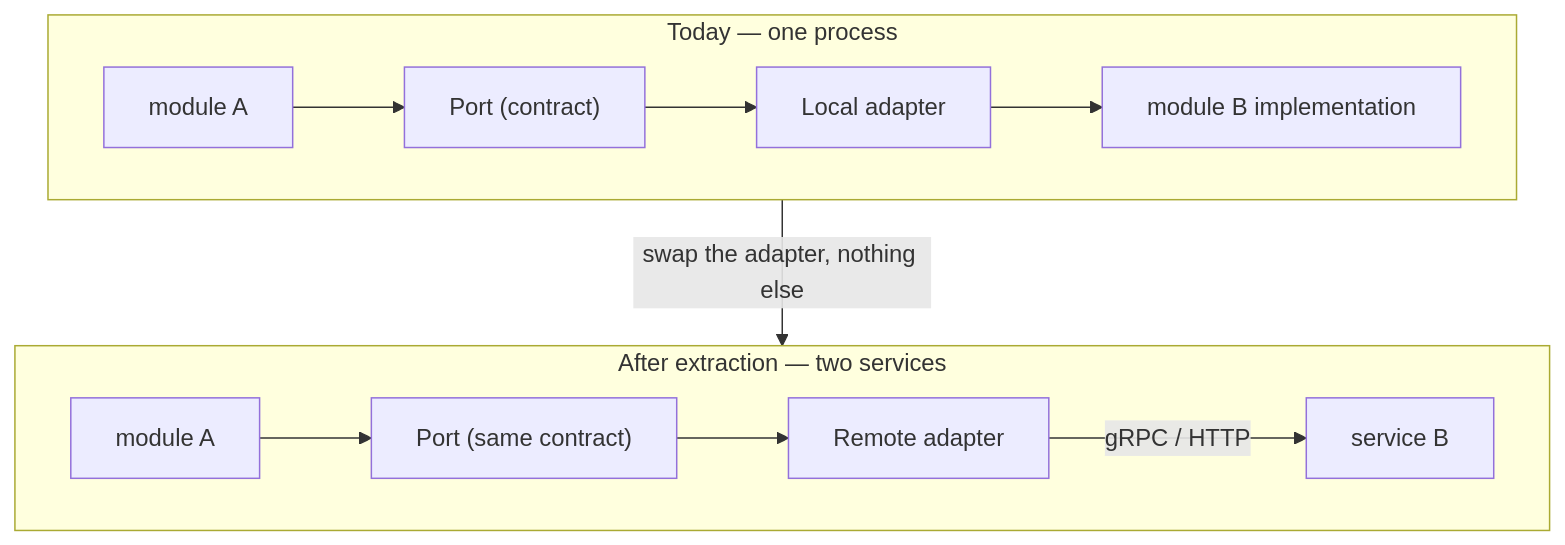
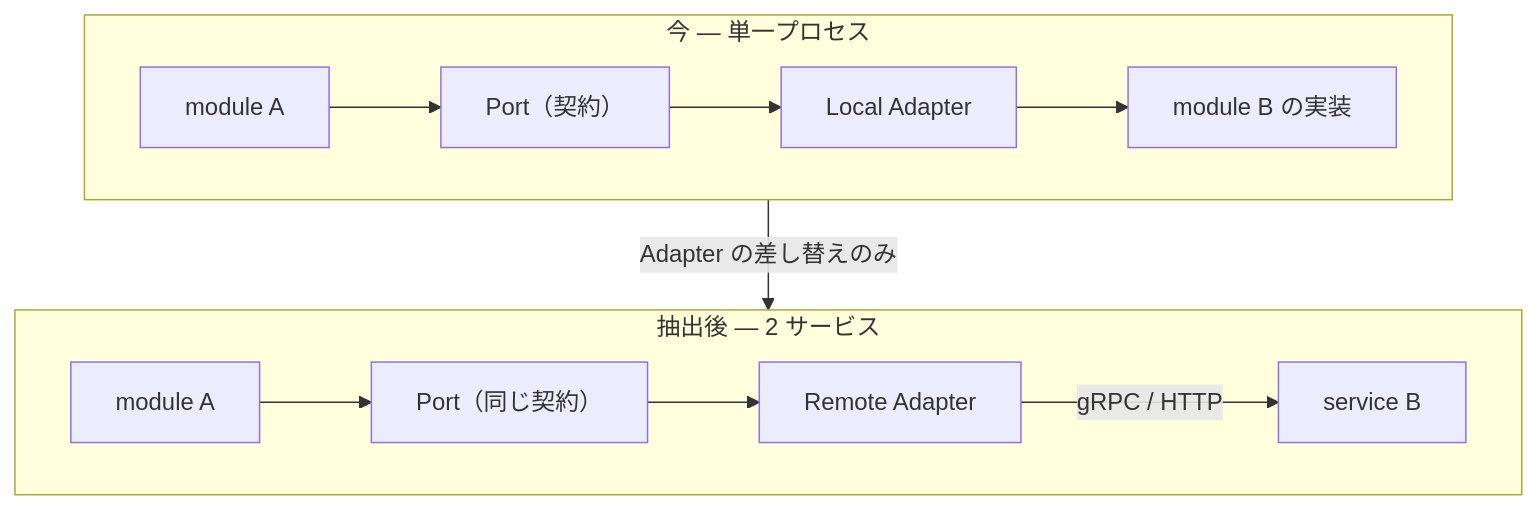
The first of 4 diagrams in docs/plan/distributed-ready-architecture.md (Tomy-ch/go-boilerplate), drawn with Mermaid before and after one commit. The commit also changed other lines of this file and 970 other files, not shown here.

````diff
--- a/docs/plan/distributed-ready-architecture.md
+++ b/docs/plan/distributed-ready-architecture.md
@@ -26,16 +25,16 @@
 ```mermaid
 flowchart TB
-    subgraph mono["Today — one process"]
-        A1["module A"] --> P1["Port (contract)"]
-        P1 --> L1["Local adapter"]
-        L1 --> B1["module B implementation"]
+    subgraph mono["今 — 単一プロセス"]
+        A1["module A"] --> P1["Port（契約）"]
+        P1 --> L1["Local Adapter"]
+        L1 --> B1["module B の実装"]
     end
 
-    subgraph dist["After extraction — two services"]
-        A2["module A"] --> P2["Port (same contract)"]
-        P2 --> R2["Remote adapter"]
+    subgraph dist["抽出後 — 2 サービス"]
+        A2["module A"] --> P2["Port（同じ契約）"]
+        P2 --> R2["Remote Adapter"]
         R2 -->|"gRPC / HTTP"| B2["service B"]
     end
 
-    mono -->|"swap the adapter, nothing else"| dist
+    mono -->|"Adapter の差し替えのみ"| dist
 ```
````
